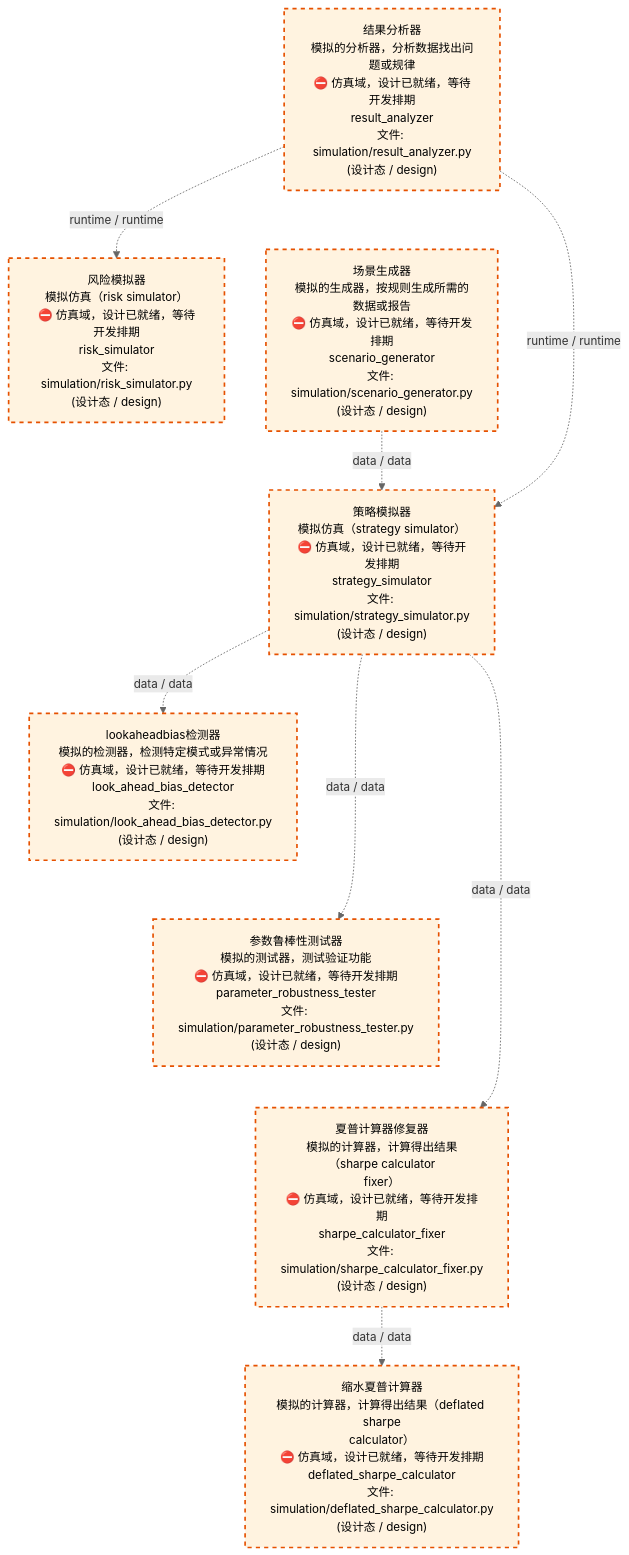
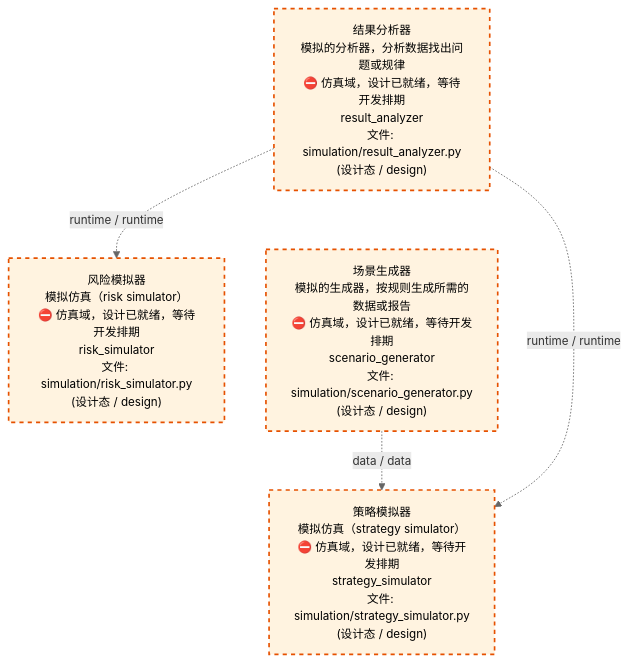
Before and after one commit to xuanFelixVan/ZephyrAlpha: the third of 4 diagrams in docs/02_enterprise_architecture/02_domain_architecture_docs/70_d_simulation.md, drawn with Mermaid. The commit also changed other lines of this file and 51 other files, not shown here.

````diff
--- a/docs/02_enterprise_architecture/02_domain_architecture_docs/70_d_simulation.md
+++ b/docs/02_enterprise_architecture/02_domain_architecture_docs/70_d_simulation.md
@@ -112,28 +151,18 @@
 ```mermaid
 %%{init: {'theme': 'base', 'themeVariables': {'primaryColor': '#eaeaea', 'primaryTextColor': '#333333', 'primaryBorderColor': '#666666', 'lineColor': '#666666', 'secondaryColor': '#eaeaea', 'tertiaryColor': '#eaeaea', 'fontSize': '14px'}}}%%
 flowchart TD
     src_zephyr_simulation_result_analyzer_py["结果分析器<br/>模拟的分析器，分析数据找出问题或规律<br/>⛔ 仿真域，设计已就绪，等待开发排期<br/>result_analyzer<br/>文件: simulation/result_analyzer.py<br/>(设计态 / design)"]
     src_zephyr_simulation_scenario_generator_py["场景生成器<br/>模拟的生成器，按规则生成所需的数据或报告<br/>⛔ 仿真域，设计已就绪，等待开发排期<br/>scenario_generator<br/>文件: simulation/scenario_generator.py<br/>(设计态 / design)"]
     src_zephyr_simulation_result_analyzer_py ~~~ src_zephyr_simulation_scenario_generator_py
     src_zephyr_simulation_risk_simulator_py["风险模拟器<br/>模拟仿真（risk simulator）<br/>⛔ 仿真域，设计已就绪，等待开发排期<br/>risk_simulator<br/>文件: simulation/risk_simulator.py<br/>(设计态 / design)"]
     src_zephyr_simulation_strategy_simulator_py["策略模拟器<br/>模拟仿真（strategy simulator）<br/>⛔ 仿真域，设计已就绪，等待开发排期<br/>strategy_simulator<br/>文件: simulation/strategy_simulator.py<br/>(设计态 / design)"]
     src_zephyr_simulation_risk_simulator_py ~~~ src_zephyr_simulation_strategy_simulator_py
-    src_zephyr_simulation_look_ahead_bias_detector_py["lookaheadbias检测器<br/>模拟的检测器，检测特定模式或异常情况<br/>⛔ 仿真域，设计已就绪，等待开发排期<br/>look_ahead_bias_detector<br/>文件: simulation/look_ahead_bias_detector.py<br/>(设计态 / design)"]
-    src_zephyr_simulation_parameter_robustness_tester_py["参数鲁棒性测试器<br/>模拟的测试器，测试验证功能<br/>⛔ 仿真域，设计已就绪，等待开发排期<br/>parameter_robustness_tester<br/>文件: simulation/parameter_robustness_tester.py<br/>(设计态 / design)"]
-    src_zephyr_simulation_sharpe_calculator_fixer_py["夏普计算器修复器<br/>模拟的计算器，计算得出结果（sharpe calculator<br/>fixer）<br/>⛔ 仿真域，设计已就绪，等待开发排期<br/>sharpe_calculator_fixer<br/>文件: simulation/sharpe_calculator_fixer.py<br/>(设计态 / design)"]
-    src_zephyr_simulation_look_ahead_bias_detector_py ~~~ src_zephyr_simulation_parameter_robustness_tester_py
-    src_zephyr_simulation_parameter_robustness_tester_py ~~~ src_zephyr_simulation_sharpe_calculator_fixer_py
-    src_zephyr_simulation_deflated_sharpe_calculator_py["缩水夏普计算器<br/>模拟的计算器，计算得出结果（deflated sharpe<br/>calculator）<br/>⛔ 仿真域，设计已就绪，等待开发排期<br/>deflated_sharpe_calculator<br/>文件: simulation/deflated_sharpe_calculator.py<br/>(设计态 / design)"]
-    src_zephyr_simulation_strategy_simulator_py -.->|data / data| src_zephyr_simulation_parameter_robustness_tester_py
-    src_zephyr_simulation_strategy_simulator_py -.->|data / data| src_zephyr_simulation_look_ahead_bias_detector_py
-    src_zephyr_simulation_strategy_simulator_py -.->|data / data| src_zephyr_simulation_sharpe_calculator_fixer_py
     src_zephyr_simulation_scenario_generator_py -.->|data / data| src_zephyr_simulation_strategy_simulator_py
     src_zephyr_simulation_result_analyzer_py -.->|runtime / runtime| src_zephyr_simulation_strategy_simulator_py
     src_zephyr_simulation_result_analyzer_py -.->|runtime / runtime| src_zephyr_simulation_risk_simulator_py
-    src_zephyr_simulation_sharpe_calculator_fixer_py -.->|data / data| src_zephyr_simulation_deflated_sharpe_calculator_py
     classDef production fill:#e1f5fe,stroke:#01579b,stroke-width:2px,color:#000
     classDef design fill:#fff3e0,stroke:#e65100,stroke-width:2px,color:#000,stroke-dasharray: 5 5
     classDef external_prod fill:#e8f4fd,stroke:#0277bd,stroke-width:1px,color:#000
     classDef external_design fill:#fff8e7,stroke:#ef6c00,stroke-width:1px,color:#000,stroke-dasharray: 5 5
-    class src_zephyr_simulation_deflated_sharpe_calculator_py,src_zephyr_simulation_look_ahead_bias_detector_py,src_zephyr_simulation_parameter_robustness_tester_py,src_zephyr_simulation_result_analyzer_py,src_zephyr_simulation_risk_simulator_py,src_zephyr_simulation_scenario_generator_py,src_zephyr_simulation_sharpe_calculator_fixer_py,src_zephyr_simulation_strategy_simulator_py design
+    class src_zephyr_simulation_result_analyzer_py,src_zephyr_simulation_risk_simulator_py,src_zephyr_simulation_scenario_generator_py,src_zephyr_simulation_strategy_simulator_py design
 ```
````
